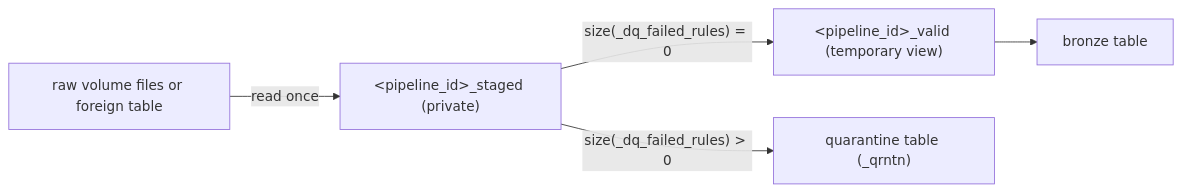
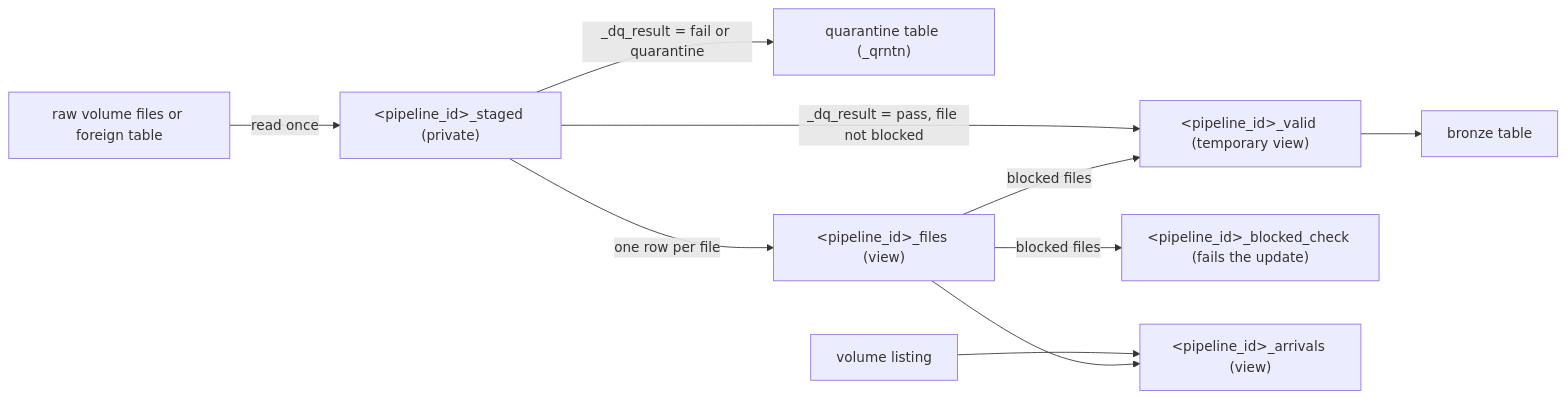
The third of 9 diagrams in framework_docs/ARCHITECTURE.md (NitinKeshavB/framework), drawn with Mermaid before and after one commit. The commit also changed other lines of this file and 42 other files, not shown here.

````diff
--- a/framework_docs/ARCHITECTURE.md
+++ b/framework_docs/ARCHITECTURE.md
@@ -92,7 +98,12 @@
 ```mermaid
 flowchart LR
   source[raw volume files or foreign table] -->|read once| staged["&lt;pipeline_id&gt;_staged (private)"]
-  staged -->|"size(_dq_failed_rules) = 0"| valid["&lt;pipeline_id&gt;_valid (temporary view)"]
+  staged -->|"_dq_result = pass, file not blocked"| valid["&lt;pipeline_id&gt;_valid (temporary view)"]
   valid --> bronze[bronze table]
-  staged -->|"size(_dq_failed_rules) > 0"| quarantine["quarantine table (_qrntn)"]
+  staged -->|"_dq_result = fail or quarantine"| quarantine["quarantine table (_qrntn)"]
+  staged -->|"one row per file"| files["&lt;pipeline_id&gt;_files (view)"]
+  files -->|"blocked files"| valid
+  files -->|"blocked files"| check["&lt;pipeline_id&gt;_blocked_check (fails the update)"]
+  listing[volume listing] --> arrivals["&lt;pipeline_id&gt;_arrivals (view)"]
+  files --> arrivals
 ```
````
